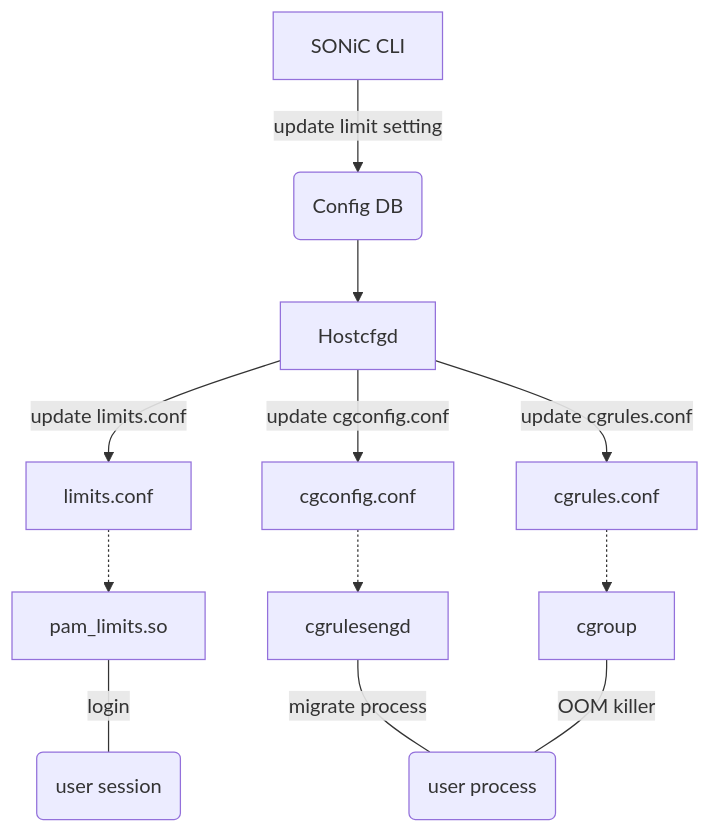
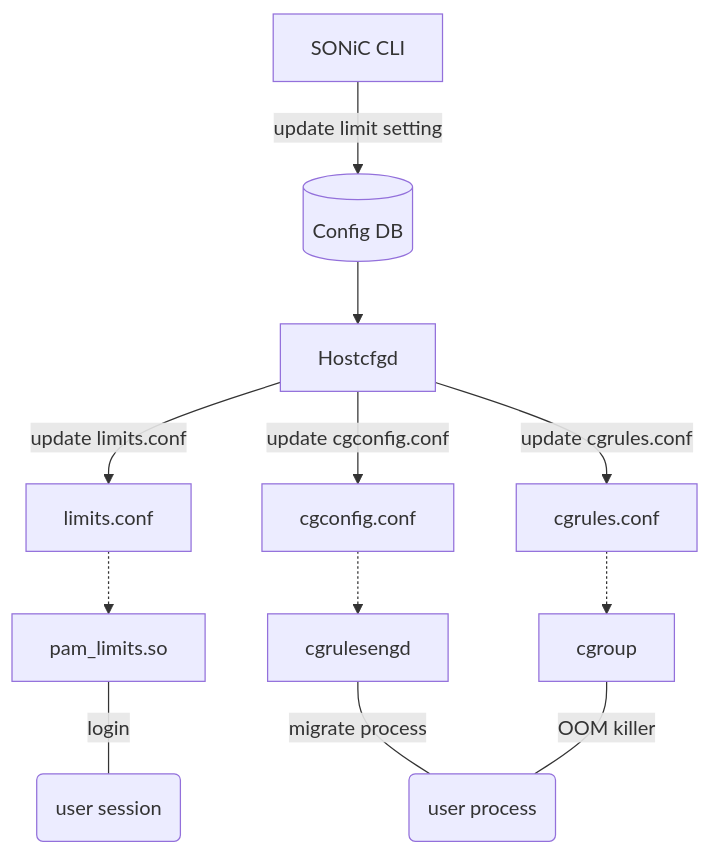
The first of 3 diagrams in doc/limit/Limit Ligin and Memory design.md (liuh-80/SONiC), drawn with Mermaid before and after one commit. The commit also changed other lines of this file, not shown here.

````diff
--- a/doc/limit/Limit Ligin and Memory design.md
+++ b/doc/limit/Limit Ligin and Memory design.md
@@ -53,25 +55,25 @@
 ```mermaid
 graph TD;
 %% SONiC CLI update config DB
-CLI[SONiC CLI] -- update limit setting --> CONFDB(Config DB);
+CLI[SONiC CLI] -- update limit setting --> CONFDB[(Config DB)];
 
 %% HostCfgd subscribe config DB change
 CONFDB --> HOSTCFGD[Hostcfgd];
 
 %% HostCfgd Update config files
 HOSTCFGD -- update limits.conf --> PAMCFG[limits.conf];
 HOSTCFGD -- update cgconfig.conf --> CGRCFG[cgconfig.conf];
 HOSTCFGD -- update cgrules.conf --> CGCFG[cgrules.conf];
 
 %% pam_limits.so will handle login limit
 PAMCFG -.-> LIMITLIB[pam_limits.so];
 LIMITLIB -- login --- USERSESSION(user session);
 
 %% cgrulesengd daemon will migrate procress to cgroups by uid and gid
 CGRCFG -.-> CGRCFGD[cgrulesengd];
 CGRCFGD -- migrate process --- APP;
 
 %% cgroup check memory limit and trigger OOM killer
 CGCFG -.-> CGROUP[cgroup];
 CGROUP -- OOM killer --- APP(user process);
 ```
````
